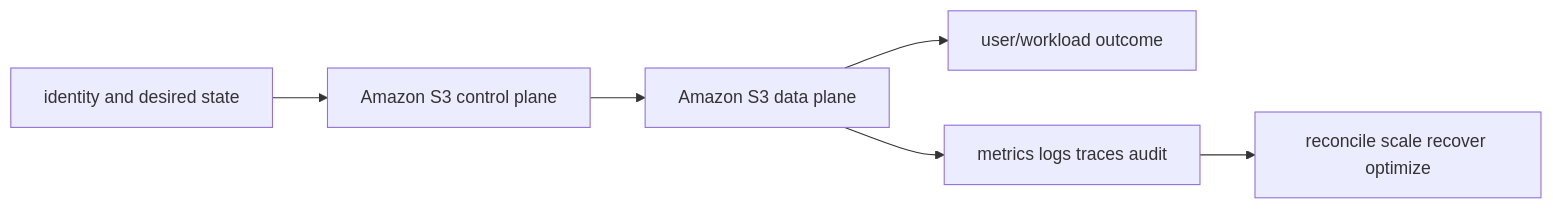
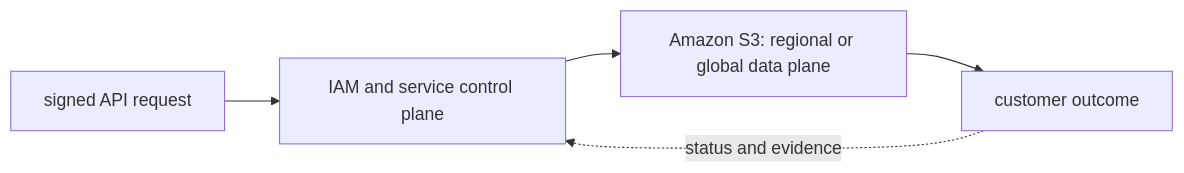
The diagram in 07-aws/05-storage/01-s3/README.md (tomkidumbuyo/DevOps-interview-preparation), drawn with Mermaid before and after one commit. The commit also changed other lines of this file and 753 other files, not shown here.

````diff
--- a/07-aws/05-storage/01-s3/README.md
+++ b/07-aws/05-storage/01-s3/README.md
@@ -19,8 +31,7 @@
 ```mermaid
 flowchart LR
-  I[identity and desired state] --> C[Amazon S3 control plane]
-  C --> D[Amazon S3 data plane]
-  D --> U[user/workload outcome]
-  D --> O[metrics logs traces audit]
-  O --> R[reconcile scale recover optimize]
+  A["signed API request"] --> B["IAM and service control plane"]
+  B --> C["Amazon S3: regional or global data plane"]
+  C --> D["customer outcome"]
+  D -. "status and evidence" .-> B
 ```
````
